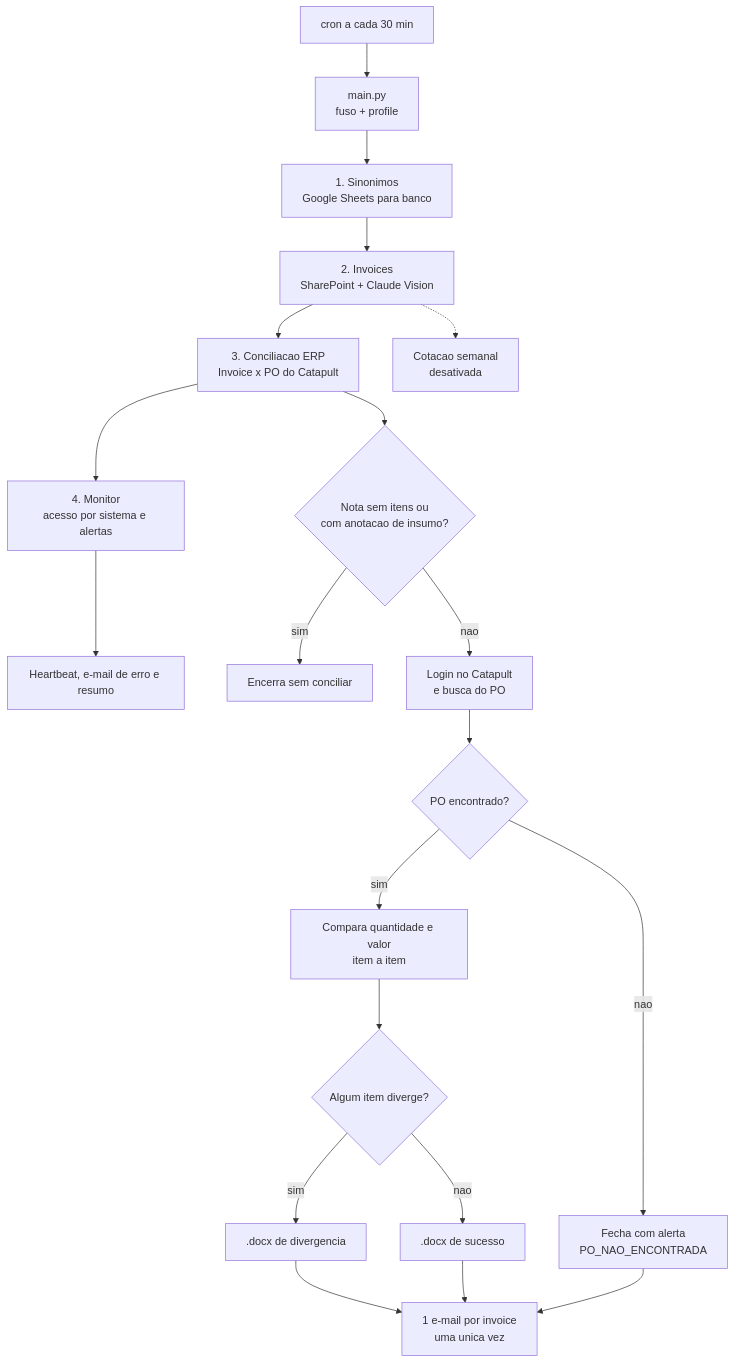
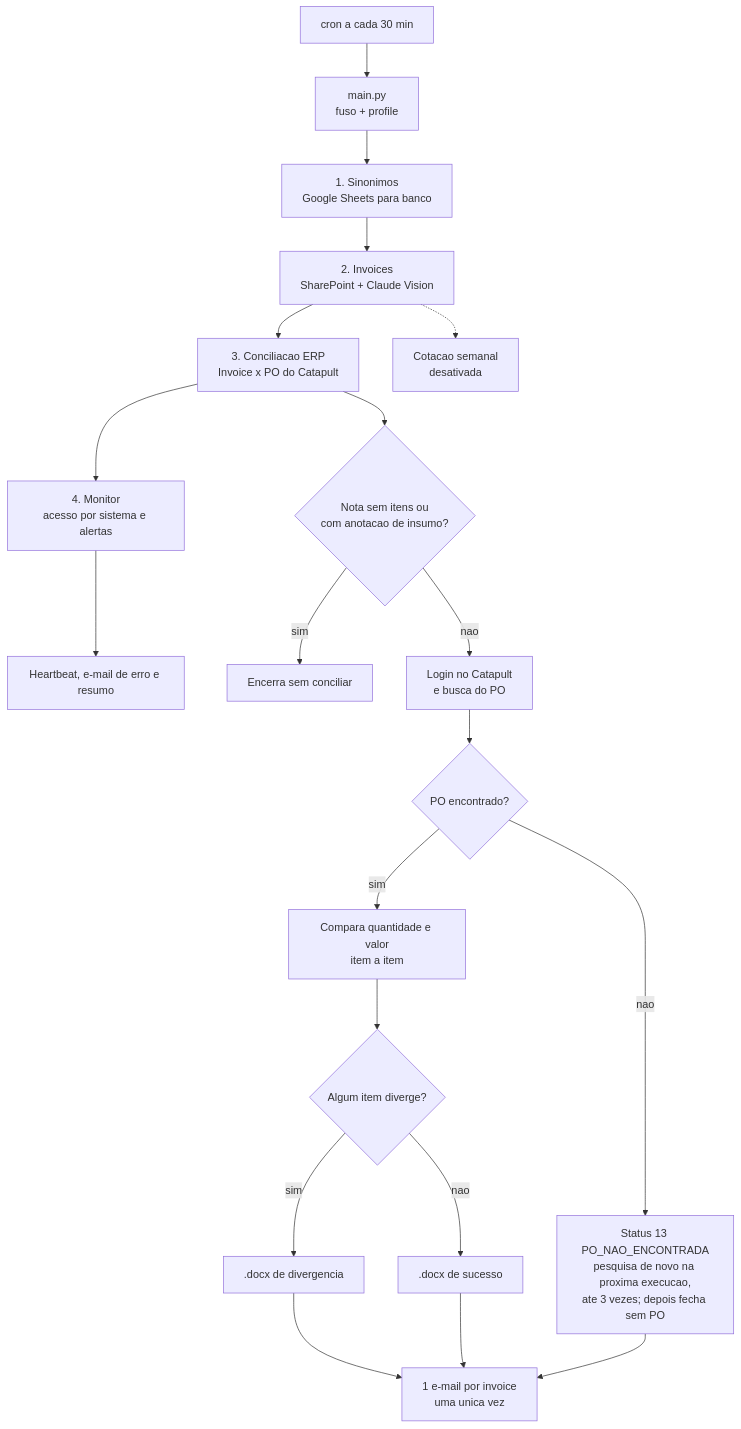
One commit to DataGuvi/automacao_schiavon changed the diagram in README.md. Above: the diagram before and after it, drawn with Mermaid. The commit also changed other lines of this file and 22 other files, not shown here.

````diff
--- a/README.md
+++ b/README.md
@@ -82,24 +82,24 @@
 ```mermaid
 flowchart TD
     A[cron a cada 30 min] --> B[main.py<br/>fuso + profile]
     B --> F1[1. Sinonimos<br/>Google Sheets para banco]
     F1 --> F2[2. Invoices<br/>SharePoint + Claude Vision]
     F2 --> F3[3. Conciliacao ERP<br/>Invoice x PO do Catapult]
     F3 --> F4[4. Monitor<br/>acesso por sistema e alertas]
     F4 --> Z[Heartbeat, e-mail de erro e resumo]
 
     F2 -.-> COT[Cotacao semanal<br/>desativada]
 
     F3 --> N1{Nota sem itens ou<br/>com anotacao de insumo?}
     N1 -->|sim| N2[Encerra sem conciliar]
     N1 -->|nao| N3[Login no Catapult<br/>e busca do PO]
     N3 --> N4{PO encontrado?}
-    N4 -->|nao| N5[Fecha com alerta<br/>PO_NAO_ENCONTRADA]
+    N4 -->|nao| N5[Status 13 PO_NAO_ENCONTRADA<br/>pesquisa de novo na proxima execucao,<br/>ate 3 vezes; depois fecha sem PO]
     N4 -->|sim| N6[Compara quantidade e valor<br/>item a item]
     N6 --> N7{Algum item diverge?}
     N7 -->|sim| R1[.docx de divergencia]
     N7 -->|nao| R2[.docx de sucesso]
     R1 --> M[1 e-mail por invoice<br/>uma unica vez]
     R2 --> M
     N5 --> M
 ```
````
